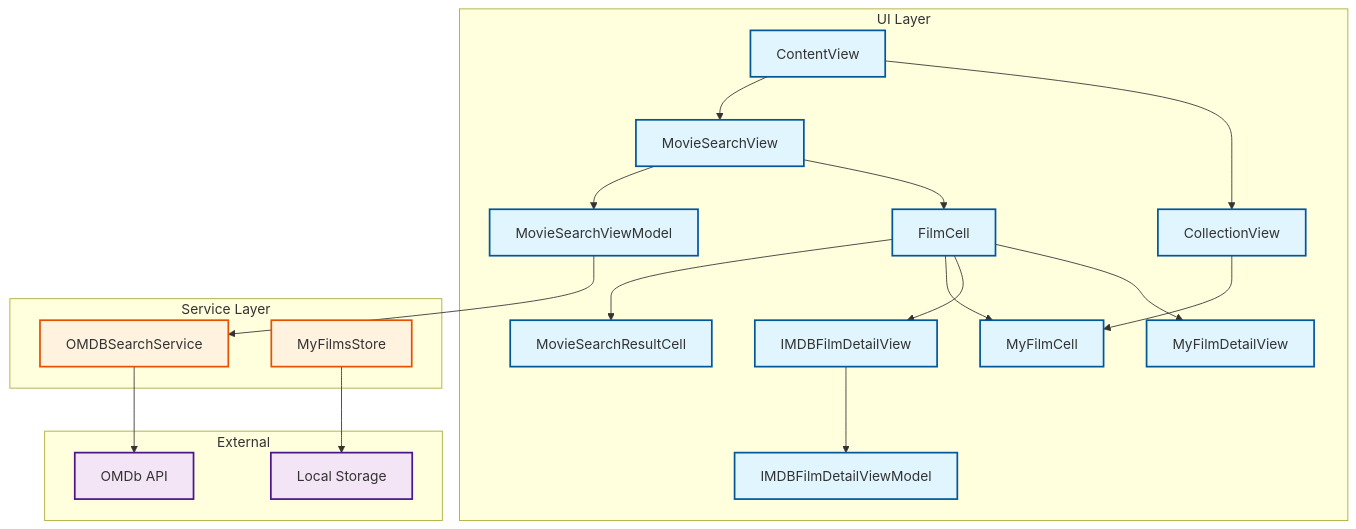
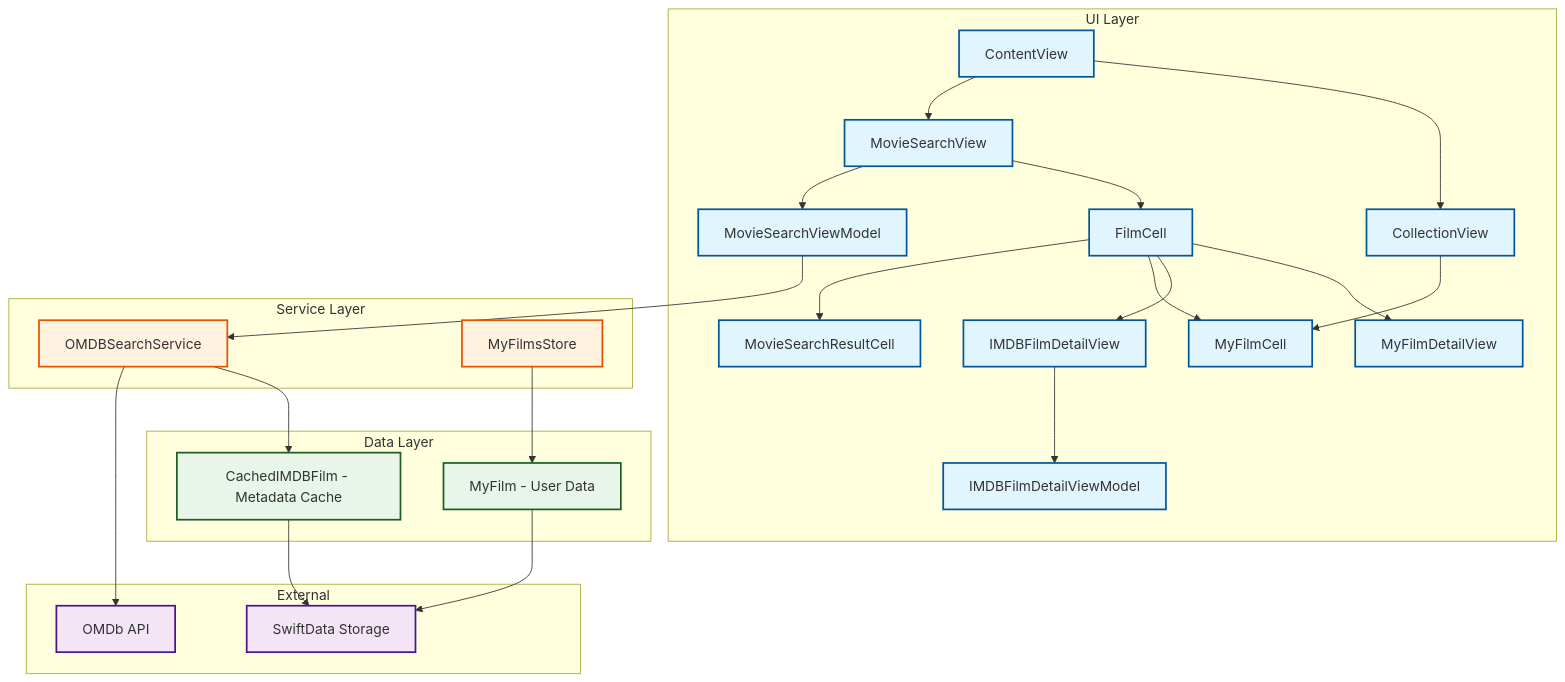
One commit to tillg/filmz2 changed the second of 10 diagrams in docs/ARCHITECTURE.md. Above: the diagram before and after it, drawn with Mermaid. The commit also changed other lines of this file and 2 other files, not shown here.

````diff
--- a/docs/ARCHITECTURE.md
+++ b/docs/ARCHITECTURE.md
@@ -67,47 +42,57 @@
 ```mermaid
 graph TB
     subgraph "UI Layer"
         CV[ContentView]
         MSV[MovieSearchView]
         MSVM[MovieSearchViewModel]
         FC[FilmCell]
         MSRC[MovieSearchResultCell]
         MFC[MyFilmCell]
         IFDV[IMDBFilmDetailView]
         IFDVM[IMDBFilmDetailViewModel]
         CollV[CollectionView]
         MFDV[MyFilmDetailView]
     end
 
     subgraph "Service Layer"
         OMDB[OMDBSearchService]
         MFS[MyFilmsStore]
     end
 
+    subgraph "Data Layer"
+        MF[MyFilm - User Data]
+        CIF[CachedIMDBFilm - Metadata Cache]
+    end
+
     subgraph "External"
         API[OMDb API]
-        LS[Local Storage]
+        LS[SwiftData Storage]
     end
 
     CV --> MSV
     CV --> CollV
     MSV --> MSVM
     MSV --> FC
     FC --> MSRC
     FC --> MFC
     CollV --> MFC
     MSVM --> OMDB
     FC --> IFDV
     FC --> MFDV
     IFDV --> IFDVM
     OMDB --> API
-    MFS --> LS
+    OMDB --> CIF
+    MFS --> MF
+    MF --> LS
+    CIF --> LS
 
     classDef ui fill:#e1f5fe,stroke:#01579b,stroke-width:2px
     classDef service fill:#fff3e0,stroke:#e65100,stroke-width:2px
+    classDef data fill:#e8f5e9,stroke:#1b5e20,stroke-width:2px
     classDef external fill:#f3e5f5,stroke:#4a148c,stroke-width:2px
 
     class CV,MSV,MSVM,FC,MSRC,MFC,IFDV,IFDVM,CollV,MFDV ui
     class OMDB,MFS service
+    class MF,CIF data
     class API,LS external
 ```
````
